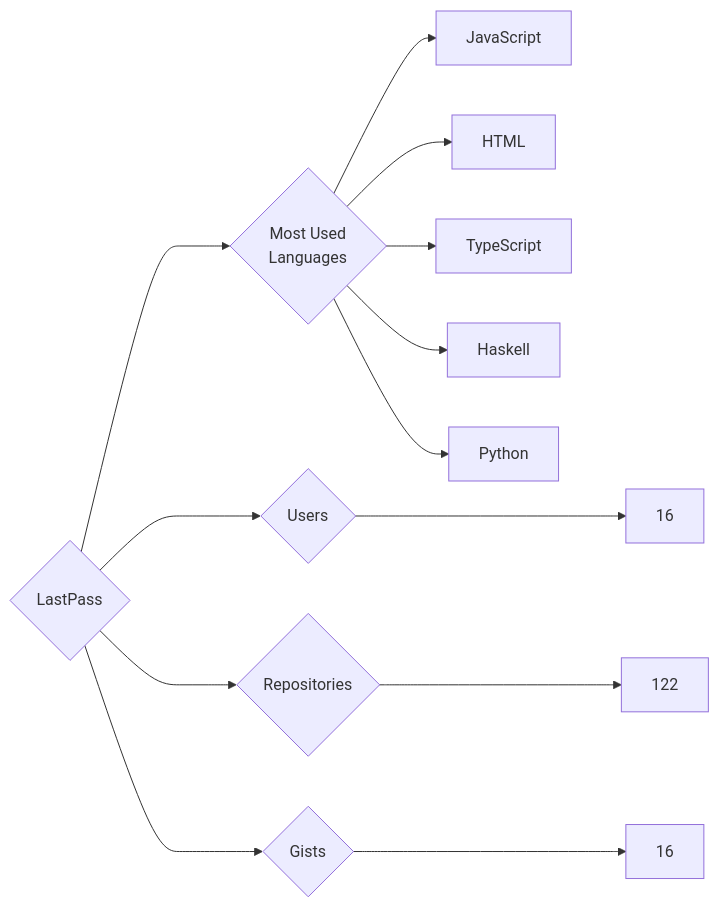
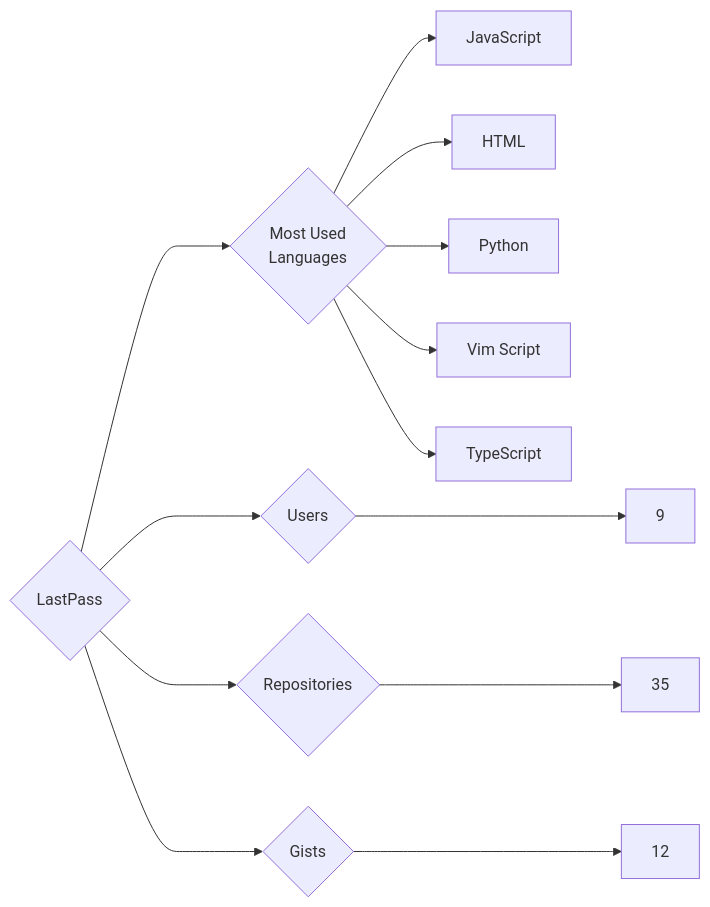
One commit to trickest/insiders changed the diagram in targets/LastPass/README.md. Above: the diagram before and after it, drawn with Mermaid. The commit also changed 657 other files, not shown here.

````diff
--- a/targets/LastPass/README.md
+++ b/targets/LastPass/README.md
@@ -3,13 +3,13 @@
 ```mermaid
 graph LR
 COMPANY_NAME{LastPass}
-COMPANY_NAME ---> U{Users} ---> UN[16]
-COMPANY_NAME ---> R{Repositories} ---> RN[122]
-COMPANY_NAME ---> G{Gists} ---> GN[16]
+COMPANY_NAME ---> U{Users} ---> UN[9]
+COMPANY_NAME ---> R{Repositories} ---> RN[35]
+COMPANY_NAME ---> G{Gists} ---> GN[12]
 COMPANY_NAME ---> ML{Most Used<br>Languages}
 ML --> JavaScript[JavaScript]
 ML --> HTML[HTML]
+ML --> Python[Python]
+ML --> Vim_Script[Vim Script]
 ML --> TypeScript[TypeScript]
-ML --> Haskell[Haskell]
-ML --> Python[Python]
 ```
````
